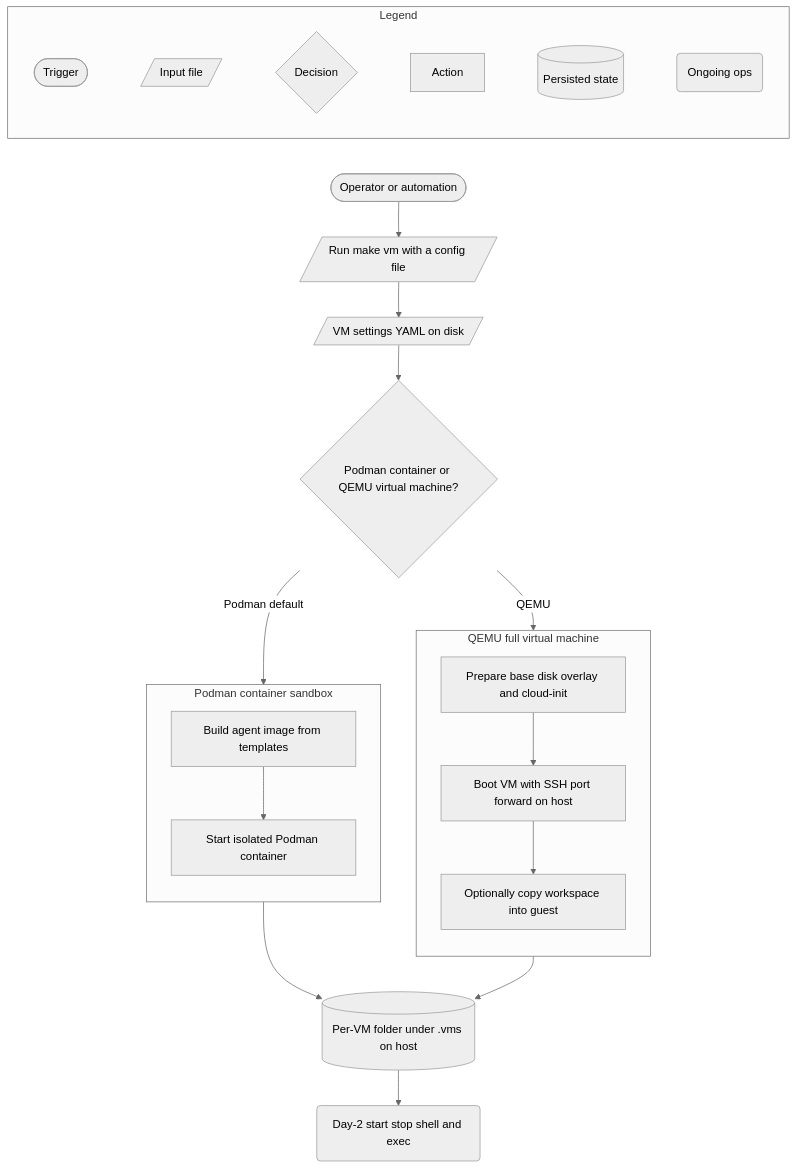
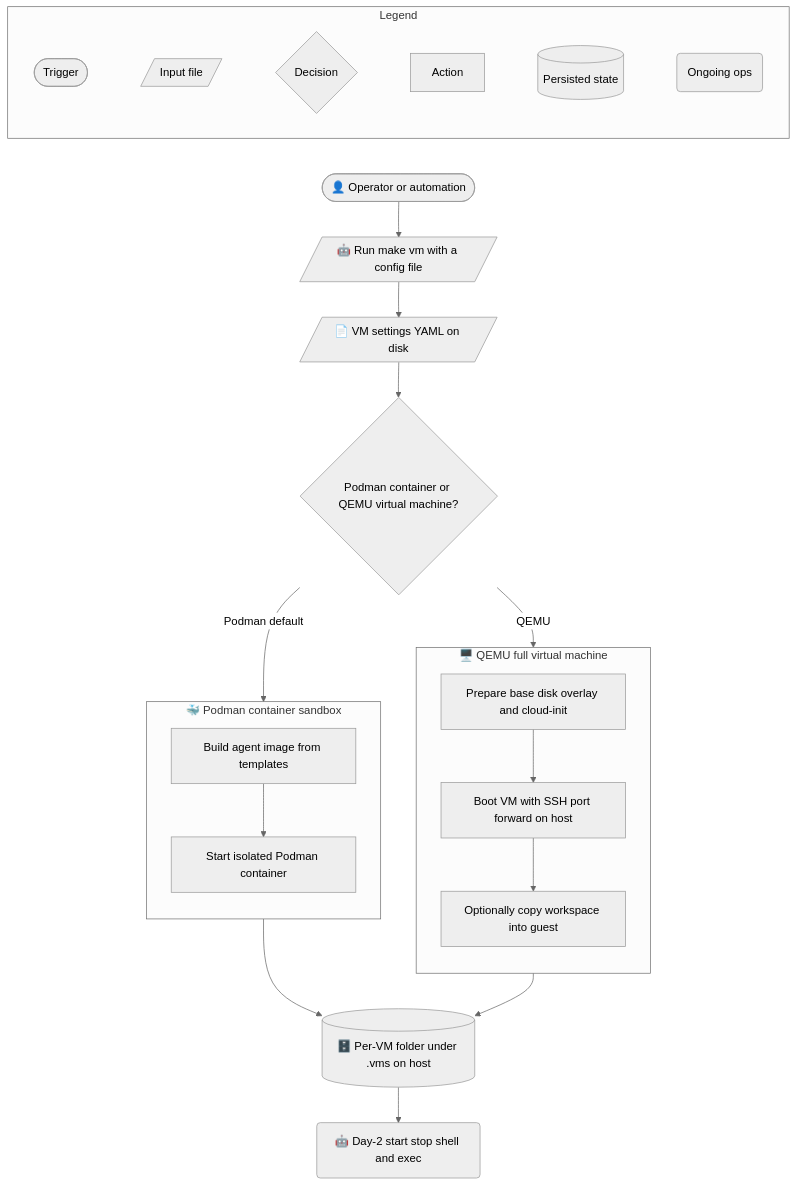
The second of 4 diagrams in README.md (Independent-AI-Labs/WORKSPACE-VM), drawn with Mermaid (neutral theme) before and after one commit. The commit also changed other lines of this file and 11 other files, not shown here.

First line of the commit message:
docs: expand README subsystem overview with Unicode diagrams

````diff
--- a/README.md
+++ b/README.md
@@ -161,38 +163,38 @@
 ```mermaid
 flowchart TB
   subgraph legend [Legend]
     direction LR
     legTrigger([Trigger]) ~~~ legInput[/Input file/] ~~~ legDecision{Decision} ~~~ legAction[Action] ~~~ legStore[(Persisted state)] ~~~ legOngoing(Ongoing ops)
   end
 
   legOngoing ~~~ operator
 
-  operator([Operator or automation])
-  launch[/Run make vm with a config file/]
-  settings[/VM settings YAML on disk/]
+  operator(["👤 Operator or automation"])
+  launch[/"🤖 Run make vm with a config file"/]
+  settings[/"📄 VM settings YAML on disk"/]
 
   pick{Podman container or QEMU virtual machine?}
 
-  subgraph podmanPath [Podman container sandbox]
+  subgraph podmanPath ["🐳 Podman container sandbox"]
     direction TB
     buildImage[Build agent image from templates]
     runContainer[Start isolated Podman container]
     buildImage --> runContainer
   end
 
-  subgraph qemuPath [QEMU full virtual machine]
+  subgraph qemuPath ["🖥️ QEMU full virtual machine"]
     direction TB
     prepareDisk[Prepare base disk overlay and cloud-init]
     bootVm[Boot VM with SSH port forward on host]
     copyWorkspace[Optionally copy workspace into guest]
     prepareDisk --> bootVm --> copyWorkspace
   end
 
-  persisted[(Per-VM folder under .vms on host)]
-  dayTwo(Day-2 start stop shell and exec)
+  persisted[("🗄️ Per-VM folder under .vms on host")]
+  dayTwo("🤖 Day-2 start stop shell and exec")
 
   operator --> launch --> settings --> pick
   pick -->|Podman default| podmanPath --> persisted
   pick -->|QEMU| qemuPath --> persisted
   persisted --> dayTwo
 ```
````
